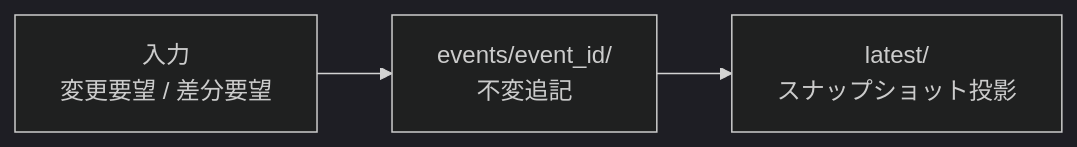
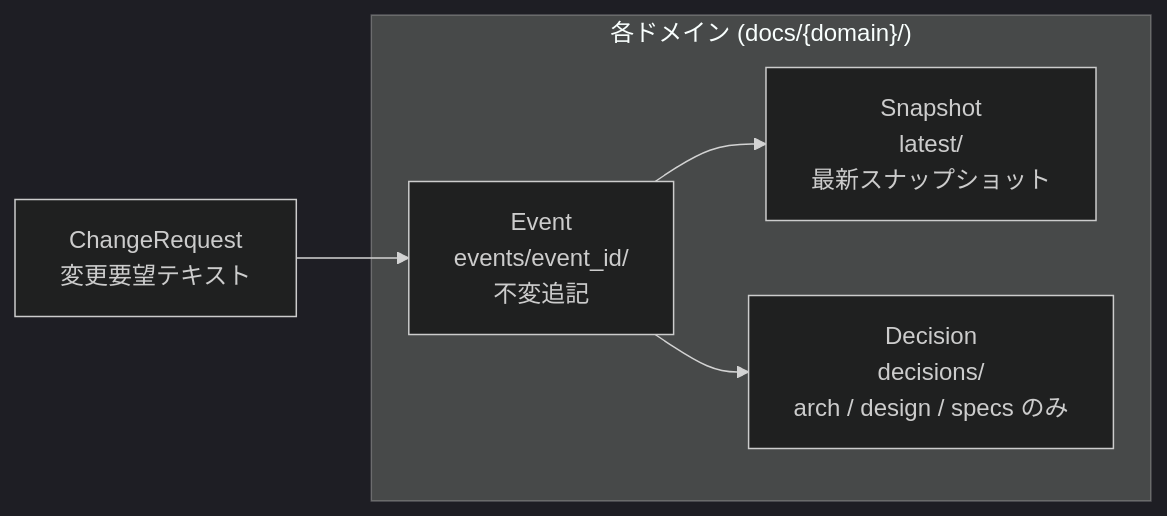
Before and after one commit to suwa-sh/zenn-contents: the sixth of 14 diagrams in articles/distillery_20260521.md, drawn with Mermaid (dark theme). The commit also changed other lines of this file and 1 other file, not shown here.

````diff
--- a/articles/distillery_20260521.md
+++ b/articles/distillery_20260521.md
@@ -479,8 +381,12 @@
 ```mermaid
 graph LR
-    Input["入力<br/>変更要望 / 差分要望"]
-    EventRecord["events/event_id/<br/>不変追記"]
-    SnapshotUpdate["latest/<br/>スナップショット投影"]
-    Input --> EventRecord
-    EventRecord --> SnapshotUpdate
+    ChangeRequest["ChangeRequest<br/>変更要望テキスト"]
+    subgraph domain["各ドメイン (docs/{domain}/)"]
+        Event["Event<br/>events/event_id/<br/>不変追記"]
+        Snapshot["Snapshot<br/>latest/<br/>最新スナップショット"]
+        Decision["Decision<br/>decisions/<br/>arch / design / specs のみ"]
+    end
+    ChangeRequest --> Event
+    Event --> Snapshot
+    Event --> Decision
 ```
````
